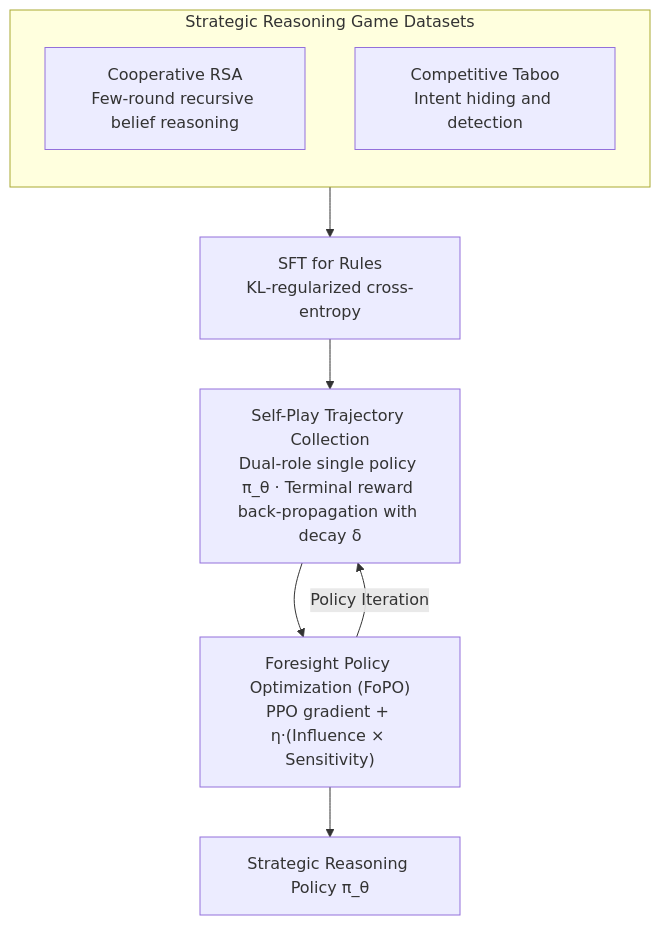
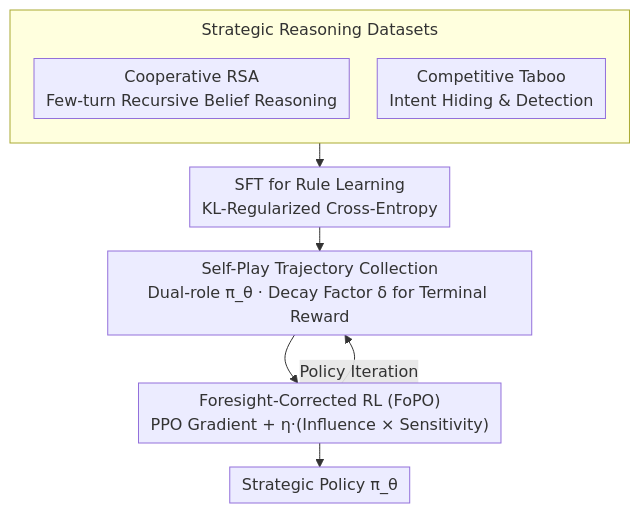
The diagram in docs/ACL2026/llm_reasoning/foresight_optimization_for_strategic_reasoning_in_large_language_models.md (zhaoyang97/Paper-Notes-en), drawn with Mermaid before and after one commit. The commit also changed other lines of this file and 5084 other files, not shown here.

````diff
--- a/docs/ACL2026/llm_reasoning/foresight_optimization_for_strategic_reasoning_in_large_language_models.md
+++ b/docs/ACL2026/llm_reasoning/foresight_optimization_for_strategic_reasoning_in_large_language_models.md
@@ -45,13 +45,14 @@
 ```mermaid
-graph TD
-    subgraph DATA["Strategic Reasoning Game Datasets"]
+%%{init: {'flowchart': {'rankSpacing': 24, 'nodeSpacing': 28, 'padding': 6, 'wrappingWidth': 400, 'subGraphTitleMargin': {'top': 8, 'bottom': 16}}}}%%
+flowchart TD
+    subgraph DATA["Strategic Reasoning Datasets"]
         direction TB
-        R["Cooperative RSA<br/>Few-round recursive belief reasoning"]
-        T["Competitive Taboo<br/>Intent hiding and detection"]
+        R["Cooperative RSA<br/>Few-turn Recursive Belief Reasoning"]
+        T["Competitive Taboo<br/>Intent Hiding & Detection"]
     end
-    DATA --> SFT["SFT for Rules<br/>KL-regularized cross-entropy"]
-    SFT --> SP["Self-Play Trajectory Collection<br/>Dual-role single policy π_θ · Terminal reward back-propagation with decay δ"]
-    SP --> FOPO["Foresight Policy Optimization (FoPO)<br/>PPO gradient + η·(Influence × Sensitivity)"]
+    DATA --> SFT["SFT for Rule Learning<br/>KL-Regularized Cross-Entropy"]
+    SFT --> SP["Self-Play Trajectory Collection<br/>Dual-role π_θ · Decay Factor δ for Terminal Reward"]
+    SP --> FOPO["Foresight-Corrected RL (FoPO)<br/>PPO Gradient + η·(Influence × Sensitivity)"]
     FOPO -->|Policy Iteration| SP
-    FOPO --> OUT["Strategic Reasoning Policy π_θ"]
+    FOPO --> OUT["Strategic Policy π_θ"]
 ```
````
